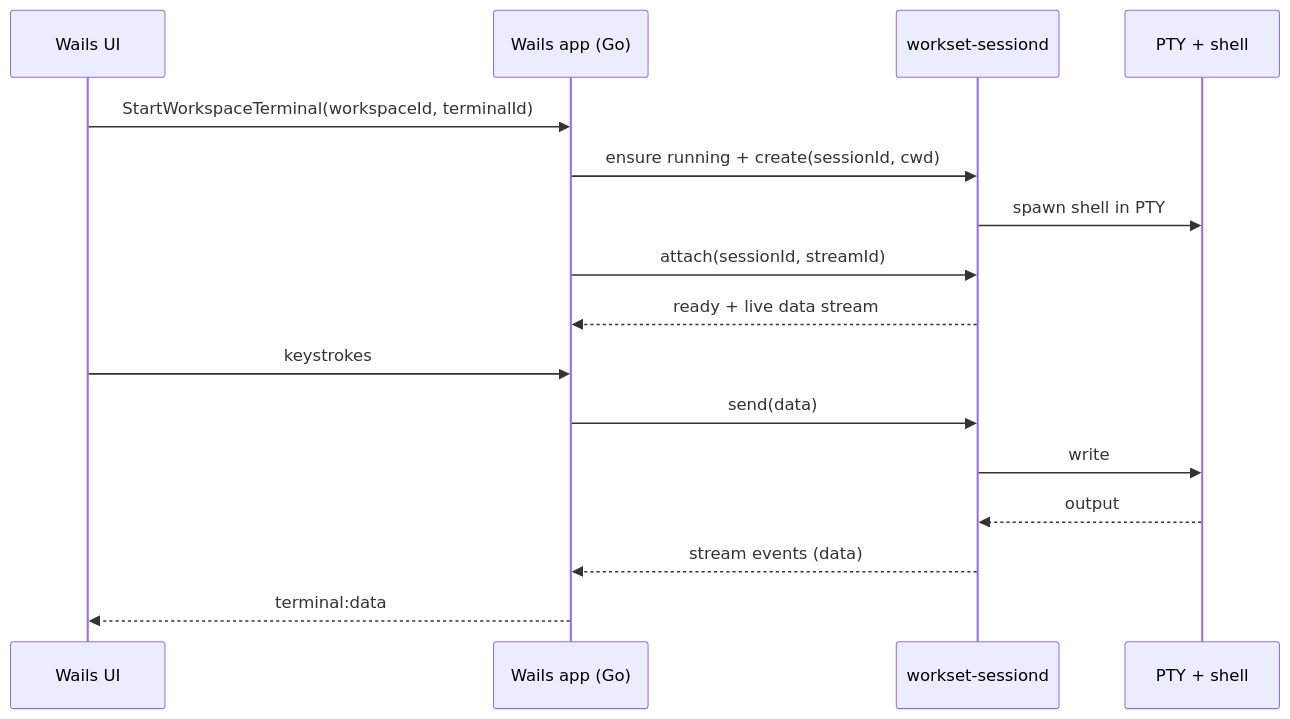
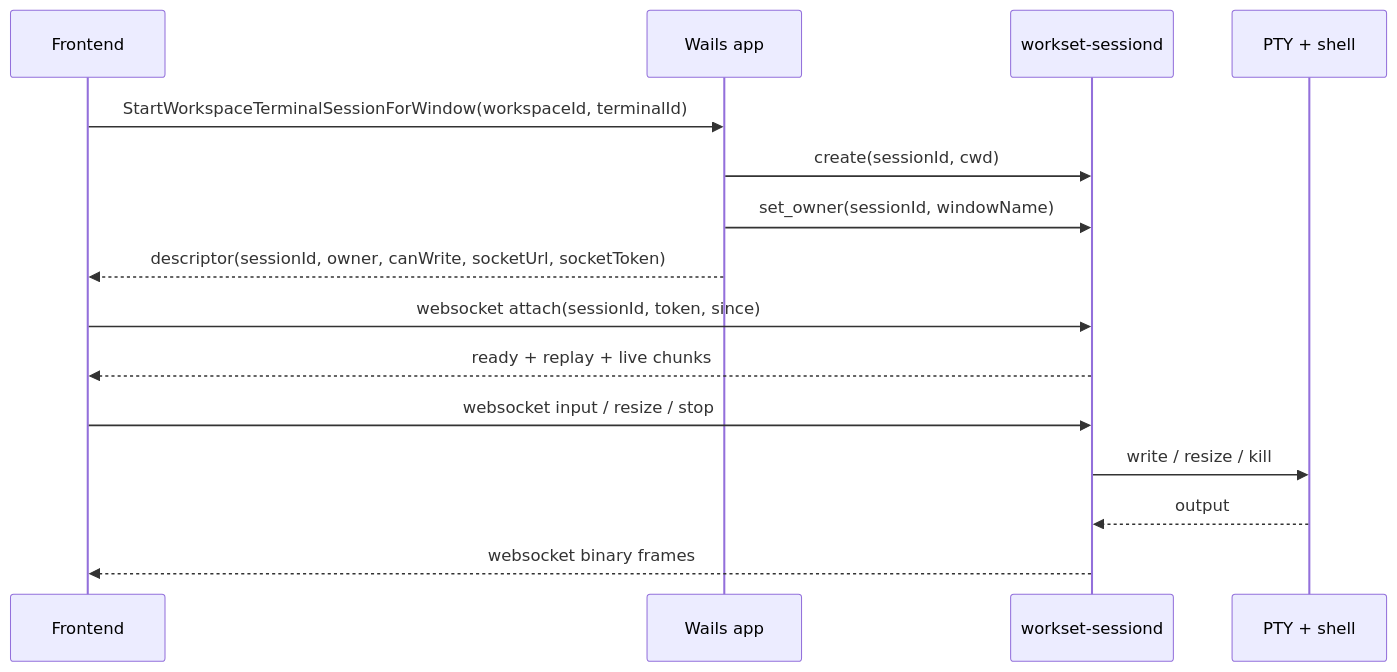
The second of 2 diagrams in docs/architecture/terminal.md (strantalis/workset), drawn with Mermaid before and after one commit. The commit also changed other lines of this file and 96 other files, not shown here.

Commit message:
chore(workset): checkpoint terminal architecture before screen-state

````diff
--- a/docs/architecture/terminal.md
+++ b/docs/architecture/terminal.md
@@ -50,20 +58,20 @@
 ```mermaid
 sequenceDiagram
-  participant UI as Wails UI
-  participant App as Wails app (Go)
+  participant UI as Frontend
+  participant App as Wails app
   participant D as workset-sessiond
   participant PTY as PTY + shell
 
-  UI->>App: StartWorkspaceTerminal(workspaceId, terminalId)
-  App->>D: ensure running + create(sessionId, cwd)
-  D->>PTY: spawn shell in PTY
-  App->>D: attach(sessionId, streamId)
-  D-->>App: ready + live data stream
+  UI->>App: StartWorkspaceTerminalSessionForWindow(workspaceId, terminalId)
+  App->>D: create(sessionId, cwd)
+  App->>D: set_owner(sessionId, windowName)
+  App-->>UI: descriptor(sessionId, owner, canWrite, socketUrl, socketToken)
 
-  UI->>App: keystrokes
-  App->>D: send(data)
-  D->>PTY: write
+  UI->>D: websocket attach(sessionId, token, since)
+  D-->>UI: ready + replay + live chunks
+
+  UI->>D: websocket input / resize / stop
+  D->>PTY: write / resize / kill
   PTY-->>D: output
-  D-->>App: stream events (data)
-  App-->>UI: terminal:data
+  D-->>UI: websocket binary frames
 ```
````
